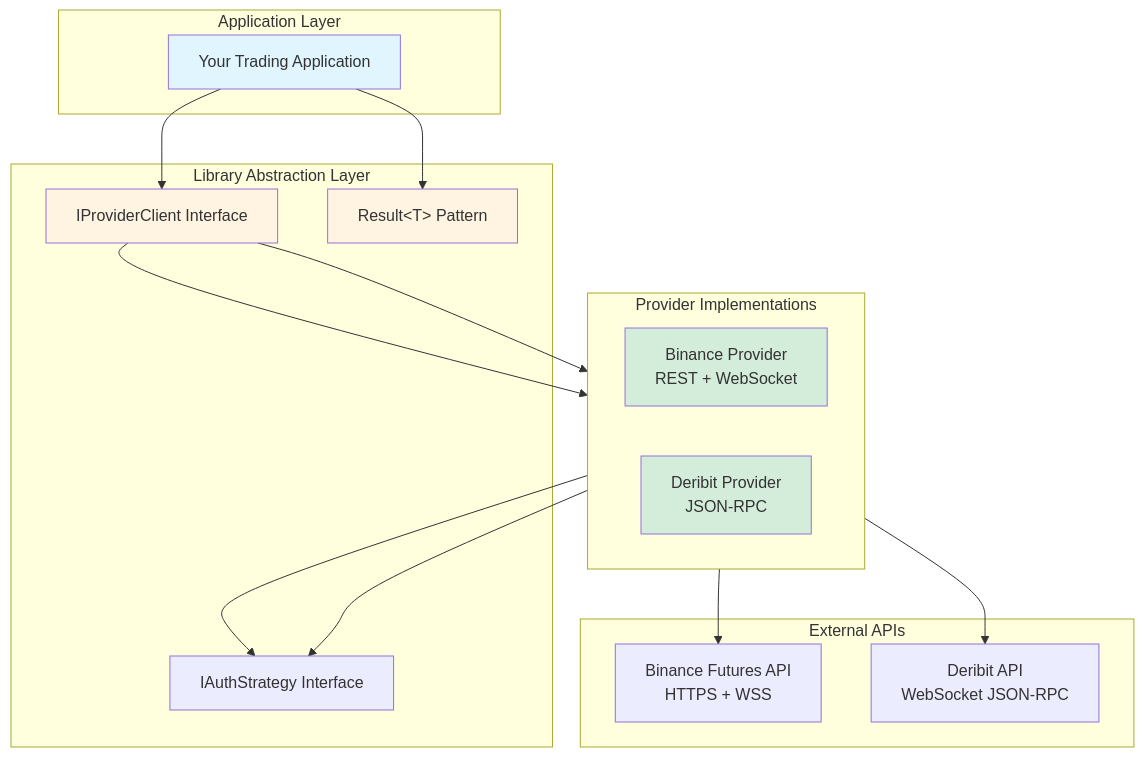
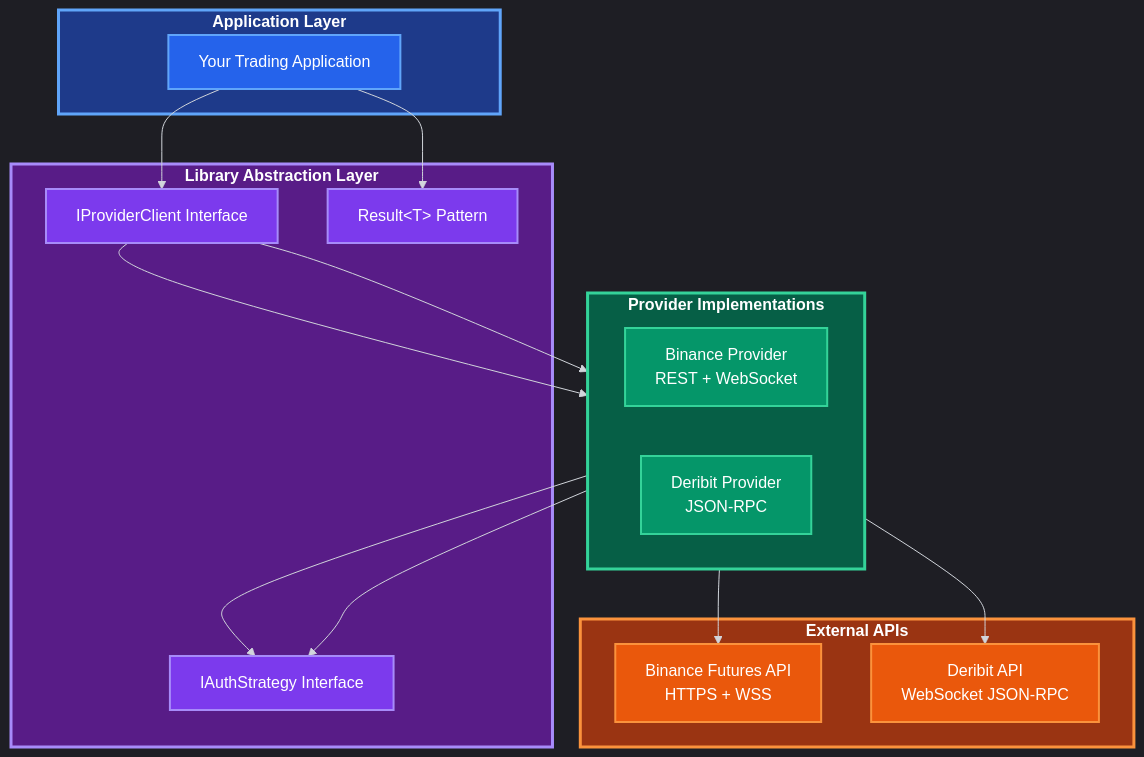
Before and after one commit to ArmandRicheletKleinberg/Ark.Alliance.Trading.Providers.Lib: the fourth of 10 diagrams in README.md, drawn with Mermaid. The commit also changed other lines of this file, not shown here.

First line of the commit message:
feat: convert all diagrams to professional dark theme

````diff
--- a/README.md
+++ b/README.md
@@ -381,38 +393,46 @@
 ```mermaid
+%%{init: {'theme':'dark', 'themeVariables': {'primaryColor':'#1e3a5f','primaryTextColor':'#fff','primaryBorderColor':'#60a5fa','lineColor':'#d1d5db','secondaryColor':'#2d4a6c','tertiaryColor':'#3a5f7d','textColor':'#fff','background':'#0d1117','mainBkg':'#1e3a5f','nodeBorder':'#60a5fa','clusterBkg':'#1a2332','clusterBorder':'#60a5fa','edgeLabelBackground':'#1a2332'}}}%%
 graph TB
-    subgraph "Application Layer"
+    subgraph AppLayer["<b>Application Layer</b>"]
         App["Your Trading Application"]
     end
     
-    subgraph "Library Abstraction Layer"
+    subgraph LibLayer["<b>Library Abstraction Layer</b>"]
         IProvider["IProviderClient Interface"]
         Result["Result&lt;T&gt; Pattern"]
         IAuth["IAuthStrategy Interface"]
     end
     
-    subgraph "Provider Implementations"
+    subgraph ProviderImpl["<b>Provider Implementations</b>"]
         direction LR
         Binance["Binance Provider<br/>REST + WebSocket"]
         Deribit["Deribit Provider<br/>JSON-RPC"]
     end
     
-    subgraph "External APIs"
+    subgraph ExtAPIs["<b>External APIs</b>"]
         BinanceAPI["Binance Futures API<br/>HTTPS + WSS"]
         DeribitAPI["Deribit API<br/>WebSocket JSON-RPC"]
     end
     
     App --> IProvider
     App --> Result
     IProvider --> Binance
     IProvider --> Deribit
     Binance --> IAuth
     Deribit --> IAuth
     Binance --> BinanceAPI
     Deribit --> DeribitAPI
     
-    style App fill:#e1f5ff
-    style IProvider fill:#fff4e1
-    style Result fill:#fff4e1
-    style Binance fill:#d4edda
-    style Deribit fill:#d4edda
+    style App fill:#2563eb,stroke:#60a5fa,stroke-width:2px,color:#fff
+    style IProvider fill:#7c3aed,stroke:#a78bfa,stroke-width:2px,color:#fff
+    style Result fill:#7c3aed,stroke:#a78bfa,stroke-width:2px,color:#fff
+    style IAuth fill:#7c3aed,stroke:#a78bfa,stroke-width:2px,color:#fff
+    style Binance fill:#059669,stroke:#34d399,stroke-width:2px,color:#fff
+    style Deribit fill:#059669,stroke:#34d399,stroke-width:2px,color:#fff
+    style BinanceAPI fill:#ea580c,stroke:#fb923c,stroke-width:2px,color:#fff
+    style DeribitAPI fill:#ea580c,stroke:#fb923c,stroke-width:2px,color:#fff
+    style AppLayer fill:#1e3a8a,stroke:#60a5fa,stroke-width:3px,color:#fff
+    style LibLayer fill:#581c87,stroke:#a78bfa,stroke-width:3px,color:#fff
+    style ProviderImpl fill:#065f46,stroke:#34d399,stroke-width:3px,color:#fff
+    style ExtAPIs fill:#9a3412,stroke:#fb923c,stroke-width:3px,color:#fff
 ```
````
